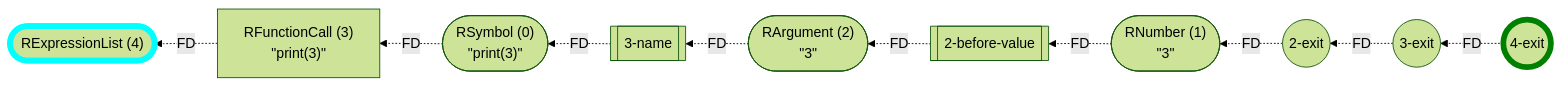
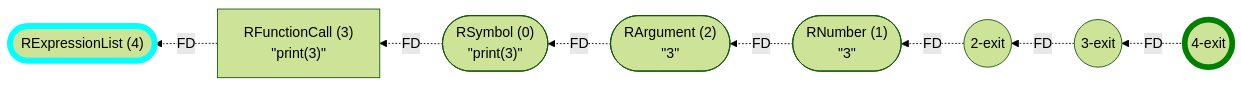
One commit to flowr-analysis/flowr changed diagram 15 of 23 in wiki/Control Flow Graph.md. Above: the diagram before and after it, drawn with Mermaid (forest theme). The commit also changed other lines of this file and 2 other files, not shown here.

````diff
--- a/wiki/Control Flow Graph.md
+++ b/wiki/Control Flow Graph.md
@@ -1422,27 +1394,23 @@
 ```mermaid
 flowchart RL
     n4(["`RExpressionList (4)`"])
     n0(["`RSymbol (0)
 #34;print(3)#34;`"])
     n3["`RFunctionCall (3)
 #34;print(3)#34;`"]
-    n3-name[[3-name]]
     n3-exit((3-exit))
     n2(["`RArgument (2)
 #34;3#34;`"])
-    n2-before-value[[2-before-value]]
     n1(["`RNumber (1)
 #34;3#34;`"])
     n2-exit((2-exit))
     n4-exit((4-exit))
     n3 -.->|"FD"| n4
     n0 -.->|"FD"| n3
-    n3-name -.->|"FD"| n0
-    n2-before-value -.->|"FD"| n2
-    n1 -.->|"FD"| n2-before-value
+    n1 -.->|"FD"| n2
     n2-exit -.->|"FD"| n1
-    n2 -.->|"FD"| n3-name
+    n2 -.->|"FD"| n0
     n3-exit -.->|"FD"| n2-exit
     n4-exit -.->|"FD"| n3-exit
     style n4 stroke:cyan,stroke-width:6.5px;    style n4-exit stroke:green,stroke-width:6.5px;
 ```
````
